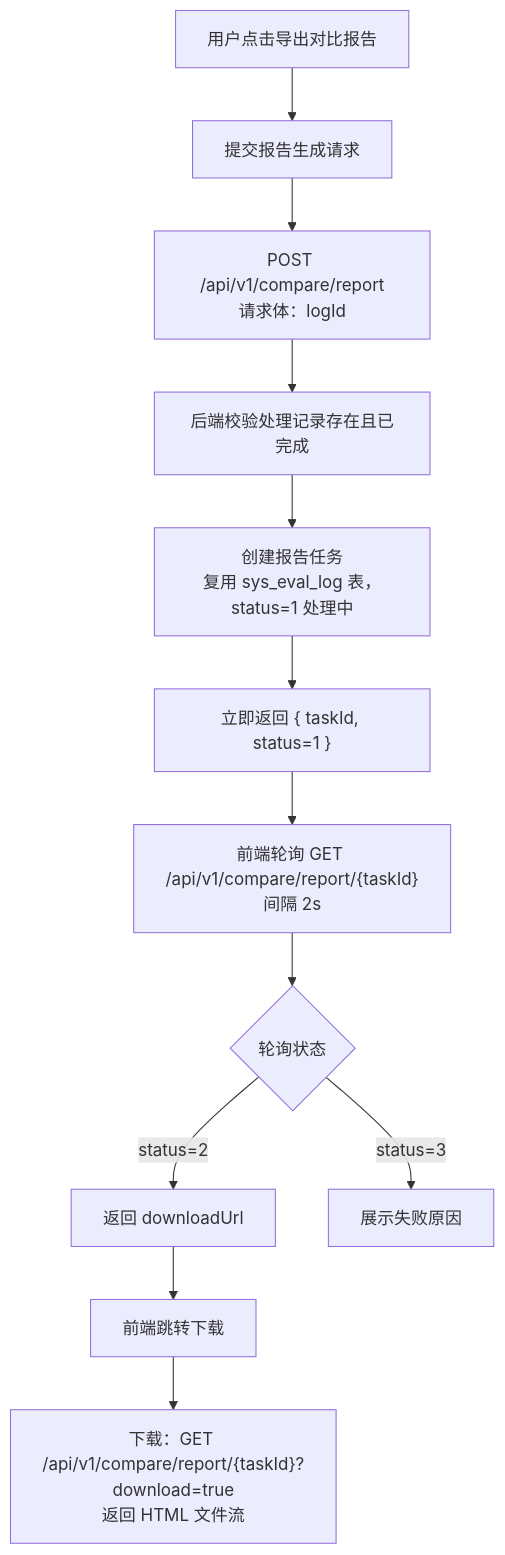
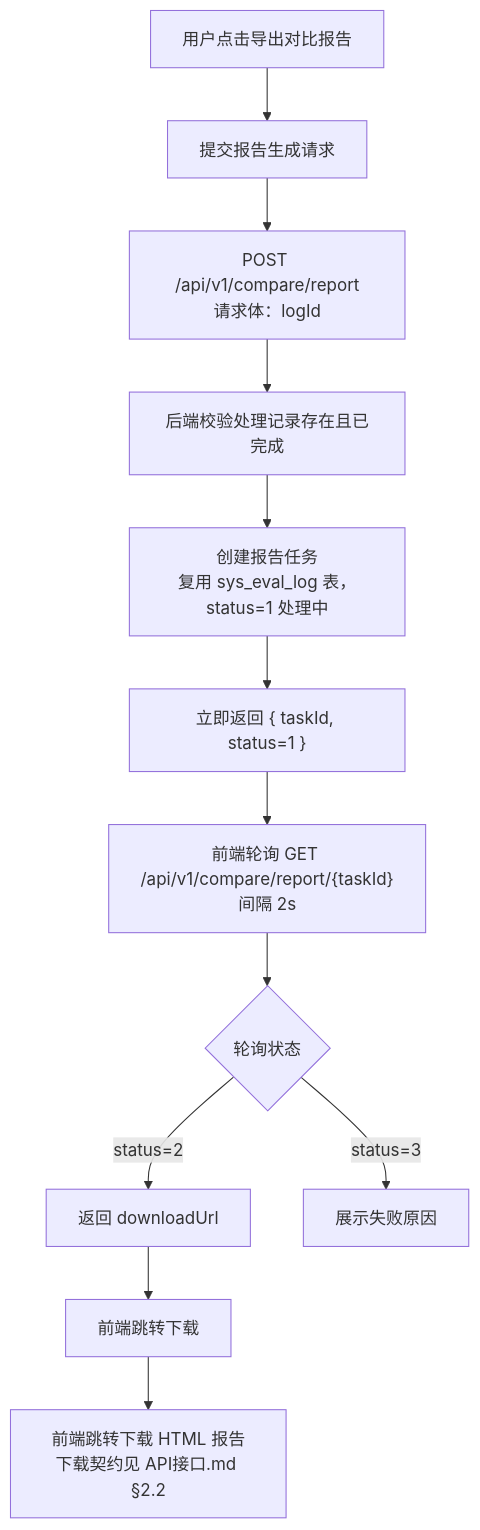
One commit to earthy-zinc/dehaze-system changed the second of 2 diagrams in dehaze-doc/docs/03-模块设计/核心模块/效果对比/需求规格.md. Above: the diagram before and after it, drawn with Mermaid. The commit also changed other lines of this file and 694 other files, not shown here.

````diff
--- a/dehaze-doc/docs/03-模块设计/核心模块/效果对比/需求规格.md
+++ b/dehaze-doc/docs/03-模块设计/核心模块/效果对比/需求规格.md
@@ -219,14 +216,14 @@
 ```mermaid
 flowchart TD
     A[用户点击导出对比报告] --> B[提交报告生成请求]
     B --> C["POST /api/v1/compare/report<br/>请求体：logId"]
     C --> D[后端校验处理记录存在且已完成]
     D --> E["创建报告任务<br/>复用 sys_eval_log 表，status=1 处理中"]
     E --> F["立即返回 { taskId, status=1 }"]
     F --> G["前端轮询 GET /api/v1/compare/report/{taskId}<br/>间隔 2s"]
     G --> H{轮询状态}
     H -->|status=2| I[返回 downloadUrl]
     I --> J[前端跳转下载]
     H -->|status=3| K[展示失败原因]
-    J --> L["下载：GET /api/v1/compare/report/{taskId}?download=true<br/>返回 HTML 文件流"]
+    J --> L[前端跳转下载 HTML 报告<br/>下载契约见 API接口.md §2.2]
 ```
````
